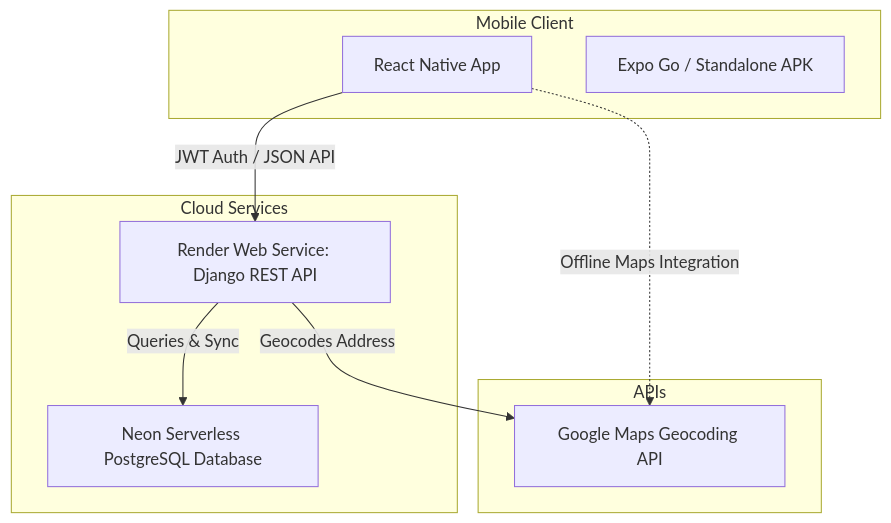
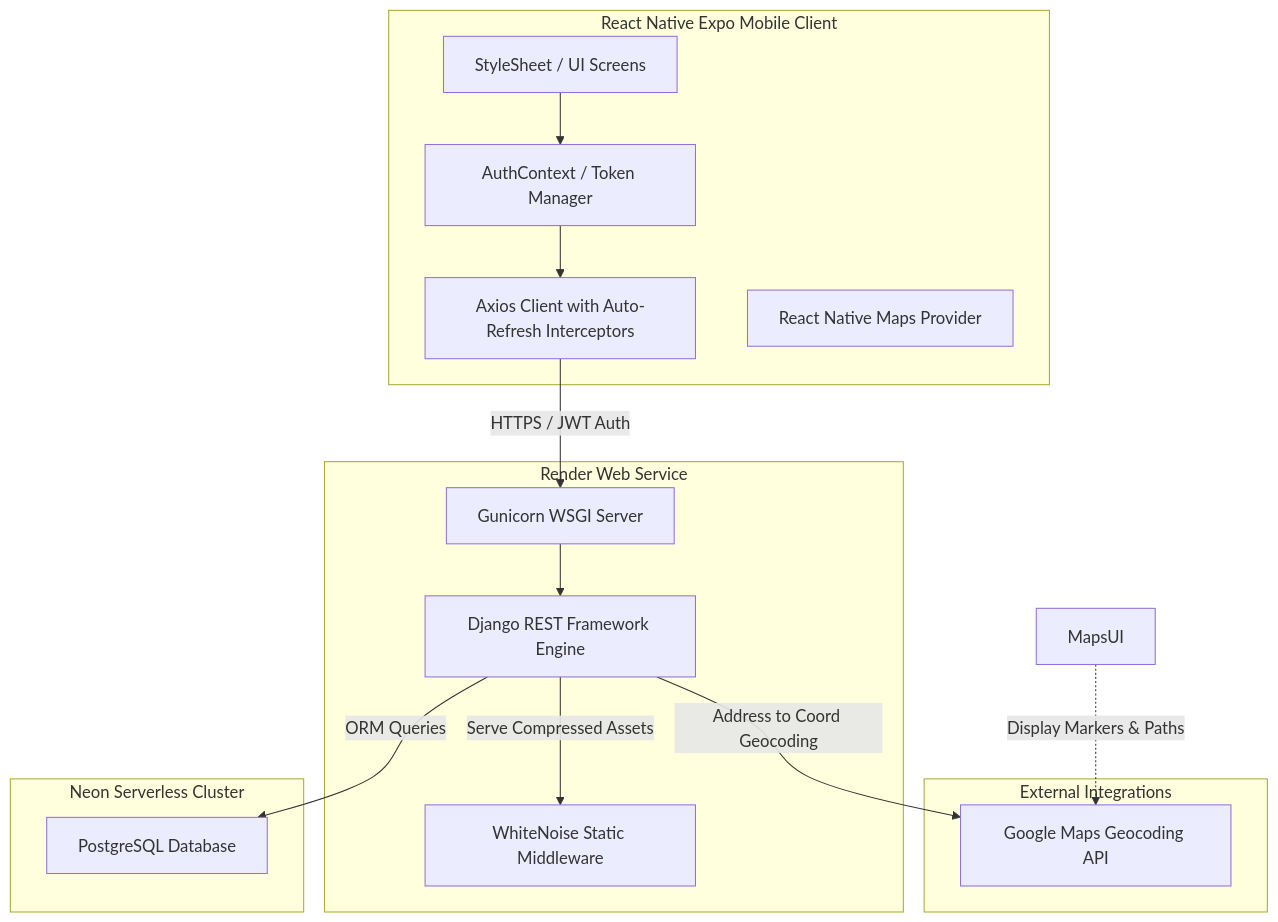
One commit to AbhiramH7/Trashformers changed the first of 2 diagrams in README.md. Above: the diagram before and after it, drawn with Mermaid. The commit also changed other lines of this file, not shown here.

Commit message:
docs: enrich README.md with system logic, database ERD, and API contracts

````diff
--- a/README.md
+++ b/README.md
@@ -35,21 +18,32 @@
 ```mermaid
 graph TD
-    subgraph Frontend [Mobile Client]
-        RN[React Native App]
-        Expo[Expo Go / Standalone APK]
+    subgraph MobileClient [React Native Expo Mobile Client]
+        UI[StyleSheet / UI Screens]
+        AuthCtx[AuthContext / Token Manager]
+        Axios[Axios Client with Auto-Refresh Interceptors]
+        MapsUI[React Native Maps Provider]
     end
 
-    subgraph External [APIs]
+    subgraph ExternalServices [External Integrations]
         GMaps[Google Maps Geocoding API]
     end
 
-    subgraph Backend [Cloud Services]
-        Render[Render Web Service: Django REST API]
-        Neon[Neon Serverless PostgreSQL Database]
+    subgraph CloudBackend [Render Web Service]
+        Gunicorn[Gunicorn WSGI Server]
+        Django[Django REST Framework Engine]
+        WhiteNoise[WhiteNoise Static Middleware]
     end
 
-    RN -->|JWT Auth / JSON API| Render
-    Render -->|Queries & Sync| Neon
-    Render -->|Geocodes Address| GMaps
-    RN -.->|Offline Maps Integration| GMaps
+    subgraph DataStore [Neon Serverless Cluster]
+        PG[PostgreSQL Database]
+    end
+
+    UI --> AuthCtx
+    AuthCtx --> Axios
+    Axios -->|HTTPS / JWT Auth| Gunicorn
+    Gunicorn --> Django
+    Django -->|ORM Queries| PG
+    Django -->|Address to Coord Geocoding| GMaps
+    RNMaps[MapsUI] -.->|Display Markers & Paths| GMaps
+    Django -->|Serve Compressed Assets| WhiteNoise
 ```
````
